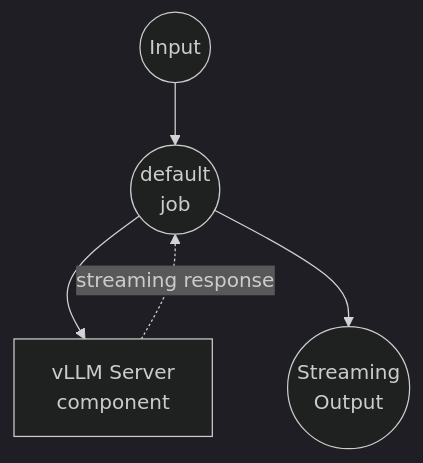
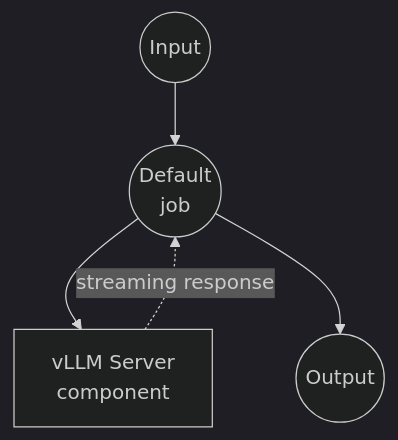
Before and after one commit to hanyeol/model-compose: the diagram in examples/vllm-chat-completion-stream/README.md, drawn with Mermaid (dark theme). The commit also changed other lines of this file and 30 other files, not shown here.

````diff
--- a/examples/vllm-chat-completion-stream/README.md
+++ b/examples/vllm-chat-completion-stream/README.md
@@ -126,16 +126,16 @@
 ```mermaid
 graph TD
     %% Default job (implicit)
-    J1((default<br/>job))
+    J1((Default<br/>job))
 
     %% Component
     C1[vLLM Server<br/>component]
 
     %% Job to component connections (solid: invokes, dotted: returns)
     J1 --> C1
     C1 -.-> |streaming response| J1
 
     %% Input/Output
     Input((Input)) --> J1
-    J1 --> Output((Streaming<br/>Output))
+    J1 --> Output((Output))
 ```
````
